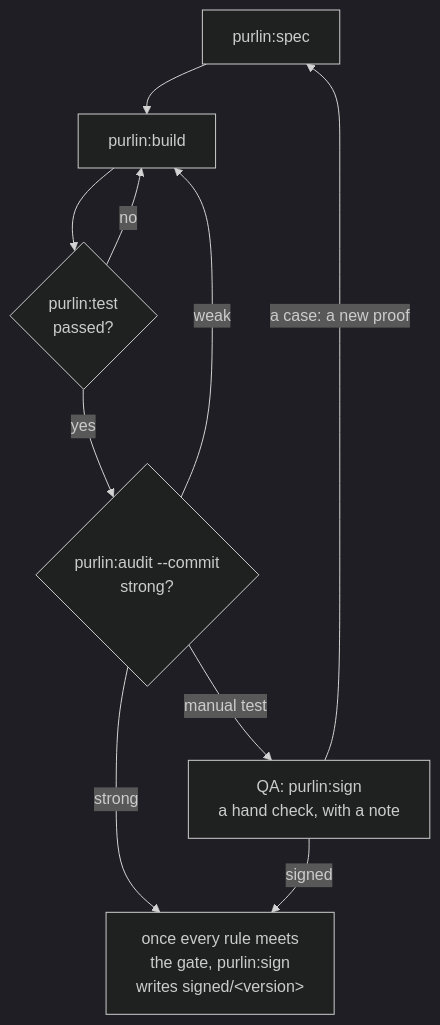
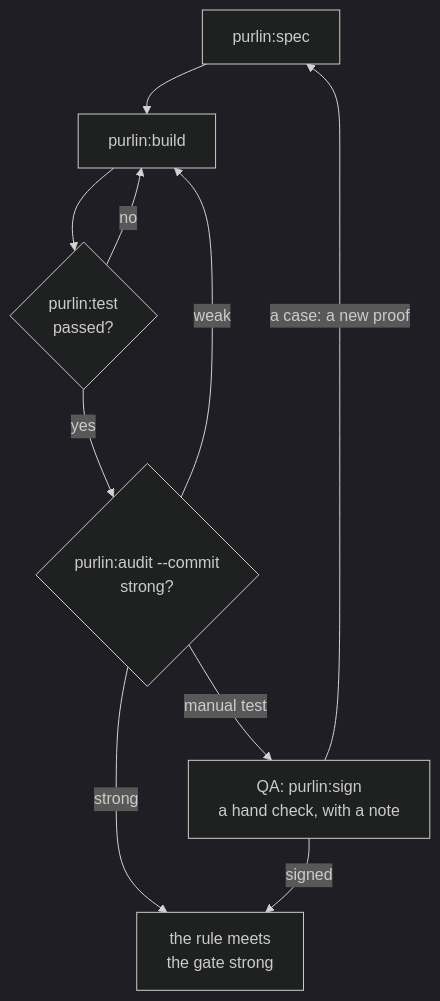
The diagram in docs/team-workflow.md (rlabarca/purlin), drawn with Mermaid (dark theme) before and after one commit. The commit also changed other lines of this file and 44 other files, not shown here.

First line of the commit message:
fix(signatures): the tag and its package are written only at the gate signed

````diff
--- a/docs/team-workflow.md
+++ b/docs/team-workflow.md
@@ -36,12 +36,12 @@
 ```mermaid
 flowchart TD
     Sp["purlin:spec"] --> B["purlin:build"]
     B --> T{"purlin:test<br>passed?"}
     T -->|no| B
     T -->|yes| A{"purlin:audit --commit<br>strong?"}
     A -->|weak| B
     A -->|"manual test"| Q["QA: purlin:sign<br>a hand check, with a note"]
     Q -->|"a case: a new proof"| Sp
-    A -->|strong| G["once every rule meets<br>the gate, purlin:sign<br>writes signed/#lt;version#gt;"]
+    A -->|strong| G["the rule meets<br>the gate strong"]
     Q -->|signed| G
 ```
````
